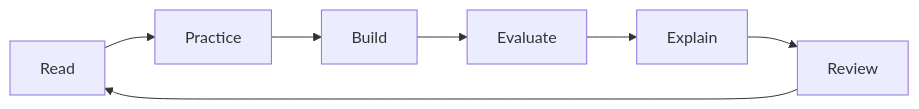
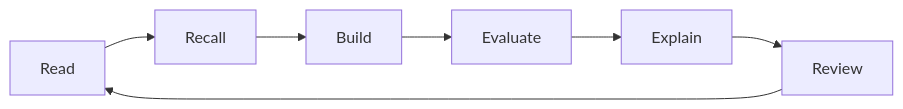
Before and after one commit to Icon1cc/Machine-Learning: the diagram in STUDY_PLAN.md, drawn with Mermaid. The commit also changed other lines of this file and 231 other files, not shown here.

````diff
--- a/STUDY_PLAN.md
+++ b/STUDY_PLAN.md
@@ -84,5 +85,9 @@
 ```mermaid
 flowchart LR
-    Read --> Practice --> Build --> Evaluate --> Explain --> Review
+    Read --> Recall
+    Recall --> Build
+    Build --> Evaluate
+    Evaluate --> Explain
+    Explain --> Review
     Review --> Read
 ```
````
